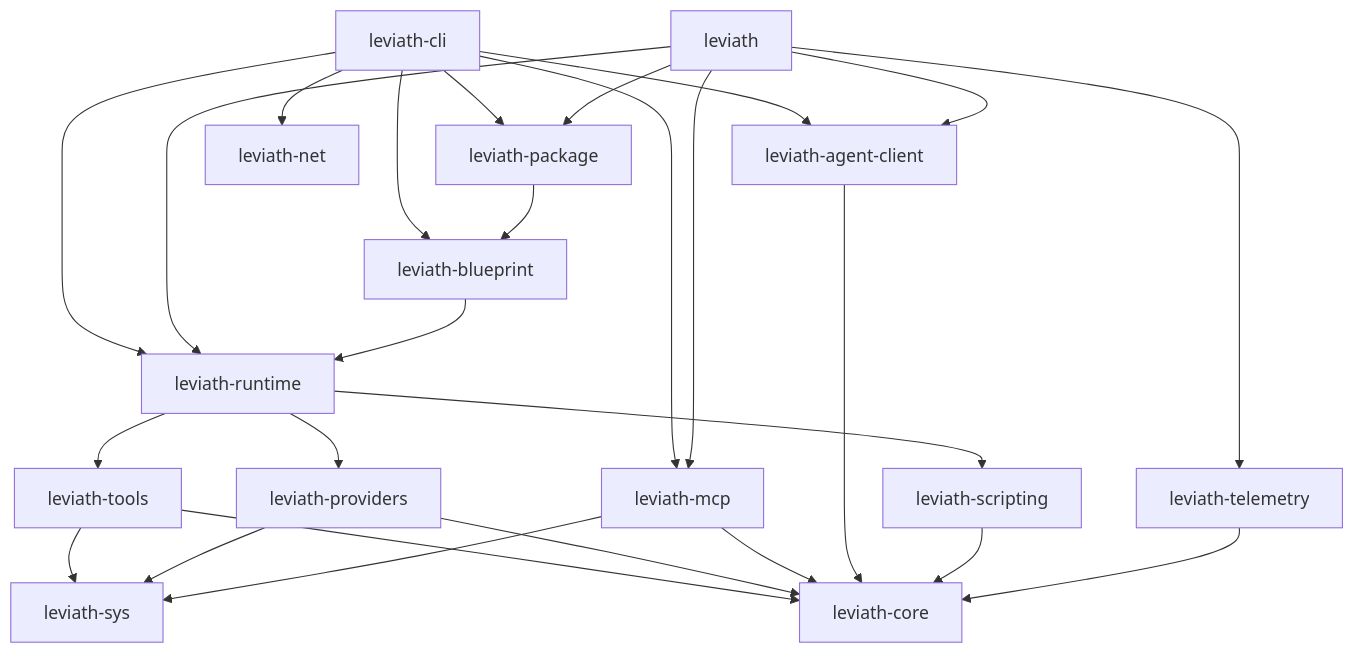
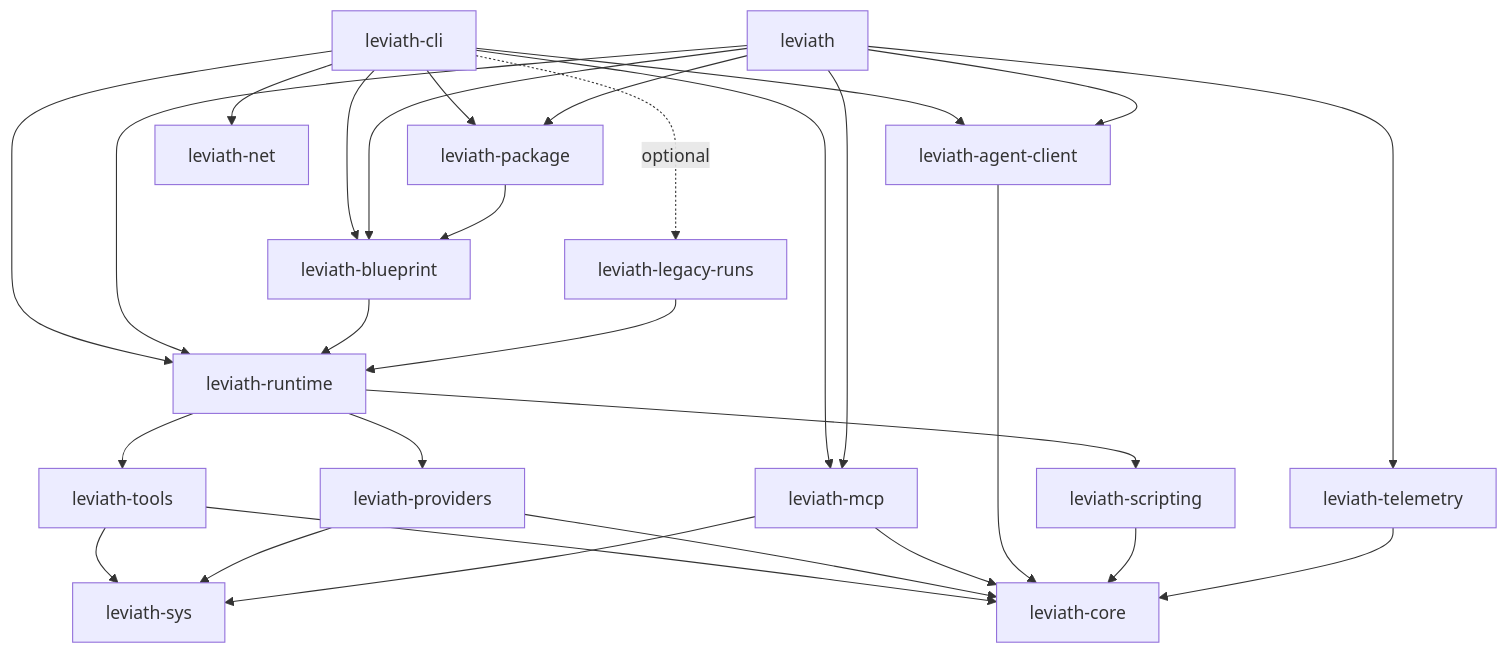
The diagram in README.md (GEMISIS/leviath), drawn with Mermaid before and after one commit. The commit also changed other lines of this file and 54 other files, not shown here.

````diff
--- a/README.md
+++ b/README.md
@@ -312,43 +313,47 @@
 ```mermaid
 graph TD
     CLI["leviath-cli"]
     LIB["leviath"]
     RT["leviath-runtime"]
     TOOLS["leviath-tools"]
     PROV["leviath-providers"]
     CORE["leviath-core"]
     MCP["leviath-mcp"]
     ACP["leviath-agent-client"]
     BP["leviath-blueprint"]
+    LEGACY["leviath-legacy-runs"]
     PKG["leviath-package"]
     SCRIPT["leviath-scripting"]
     TELEM["leviath-telemetry"]
     NET["leviath-net"]
     SYS["leviath-sys"]
 
     CLI --> RT
     CLI --> MCP
     CLI --> ACP
     CLI --> BP
     CLI --> PKG
     CLI --> NET
+    CLI -.->|optional| LEGACY
     LIB --> RT
     LIB --> MCP
     LIB --> ACP
     LIB --> PKG
     LIB --> TELEM
+    LIB --> BP
     RT --> TOOLS
     RT --> PROV
     RT --> SCRIPT
     TOOLS --> CORE
     TOOLS --> SYS
     PROV --> CORE
     PROV --> SYS
     MCP --> CORE
     MCP --> SYS
     ACP --> CORE
     PKG --> BP
     BP --> RT
+    LEGACY --> RT
     SCRIPT --> CORE
     TELEM --> CORE
 ```
````
